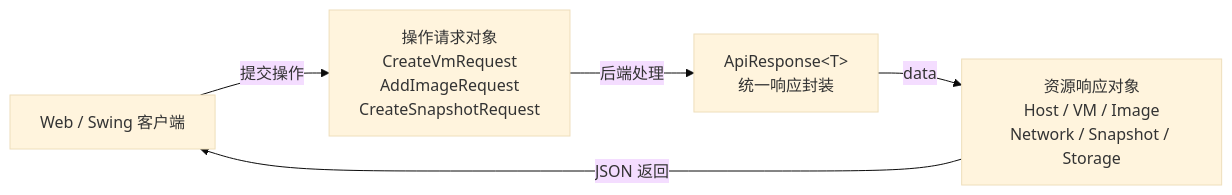
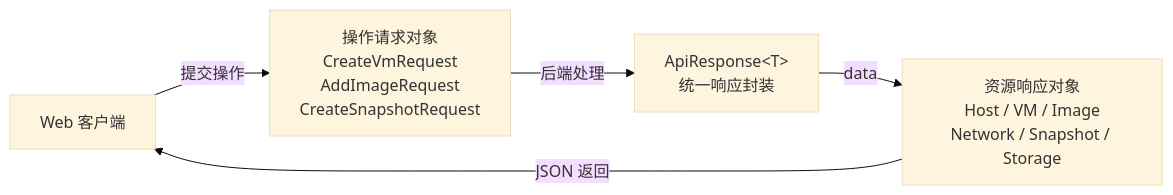
Before and after one commit to Dawn6666666/KVMCloudDesk: the second of 4 diagrams in docs/markdown/课设/报告/KVM虚拟化实践与编程课程设计报告.md, drawn with Mermaid. The commit also changed other lines of this file and 2 other files, not shown here.

````diff
--- a/docs/markdown/课设/报告/KVM虚拟化实践与编程课程设计报告.md
+++ b/docs/markdown/课设/报告/KVM虚拟化实践与编程课程设计报告.md
@@ -203,13 +203,13 @@
 ```mermaid
 %%{init: {"theme": "base"}}%%
 flowchart LR
-    Client["Web / Swing 客户端"]
+    Client["Web 客户端"]
     Request["操作请求对象<br/>CreateVmRequest<br/>AddImageRequest<br/>CreateSnapshotRequest"]
     Api["ApiResponse&lt;T&gt;<br/>统一响应封装"]
     Response["资源响应对象<br/>Host / VM / Image<br/>Network / Snapshot / Storage"]
 
     Client -->|提交操作| Request
     Request -->|后端处理| Api
     Api -->|data| Response
     Response -->|JSON 返回| Client
 ```
````
